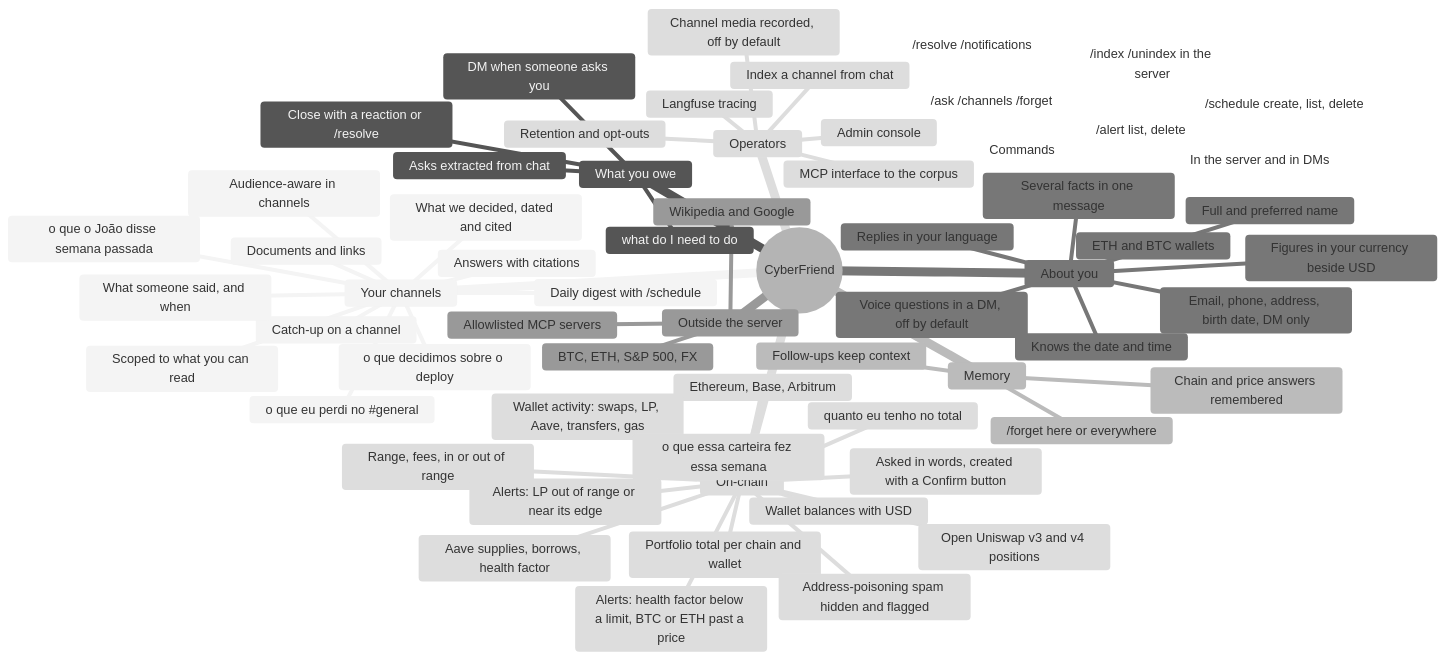
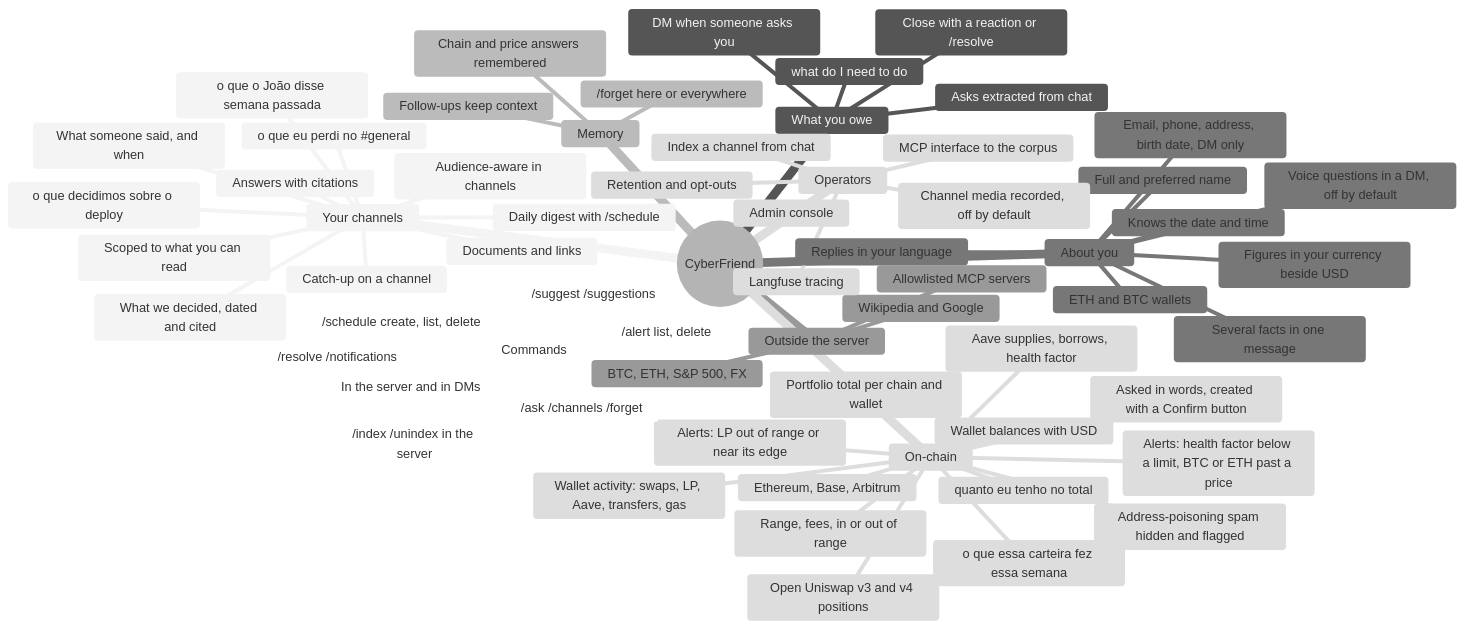
The first of 4 diagrams in README.md (CyberdyneCorp/CyberFriend), drawn with Mermaid (neutral theme) before and after one commit. The commit also changed other lines of this file and 21 other files, not shown here.

First line of the commit message:
Add /suggest and /suggestions for feature requests

````diff
--- a/README.md
+++ b/README.md
@@ -47,66 +48,67 @@
 ```mermaid
 mindmap
   root((CyberFriend))
     Your channels
       Answers with citations
       Scoped to what you can read
       Audience-aware in channels
       Documents and links
       Catch-up on a channel
       o que eu perdi no #general
       Daily digest with /schedule
       What someone said, and when
       o que o João disse semana passada
       What we decided, dated and cited
       o que decidimos sobre o deploy
     What you owe
       Asks extracted from chat
       what do I need to do
       Close with a reaction or /resolve
       DM when someone asks you
     Memory
       Follow-ups keep context
       Chain and price answers remembered
       /forget here or everywhere
     About you
       Full and preferred name
       Email, phone, address, birth date, DM only
       ETH and BTC wallets
       Several facts in one message
       Replies in your language
       Figures in your currency beside USD
       Knows the date and time
       Voice questions in a DM, off by default
     Outside the server
       Wikipedia and Google
       Allowlisted MCP servers
       BTC, ETH, S&P 500, FX
     On-chain
       Ethereum, Base, Arbitrum
       Wallet balances with USD
       Open Uniswap v3 and v4 positions
       Range, fees, in or out of range
       Aave supplies, borrows, health factor
       Portfolio total per chain and wallet
       quanto eu tenho no total
       Wallet activity: swaps, LP, Aave, transfers, gas
       o que essa carteira fez essa semana
       Address-poisoning spam hidden and flagged
       Alerts: LP out of range or near its edge
       Alerts: health factor below a limit, BTC or ETH past a price
       Asked in words, created with a Confirm button
     Commands
       /ask /channels /forget
       /resolve /notifications
       /schedule create, list, delete
       /alert list, delete
+      /suggest /suggestions
       In the server and in DMs
       /index /unindex in the server
     Operators
       Index a channel from chat
       Admin console
       MCP interface to the corpus
       Langfuse tracing
       Retention and opt-outs
       Channel media recorded, off by default
 ```
````
